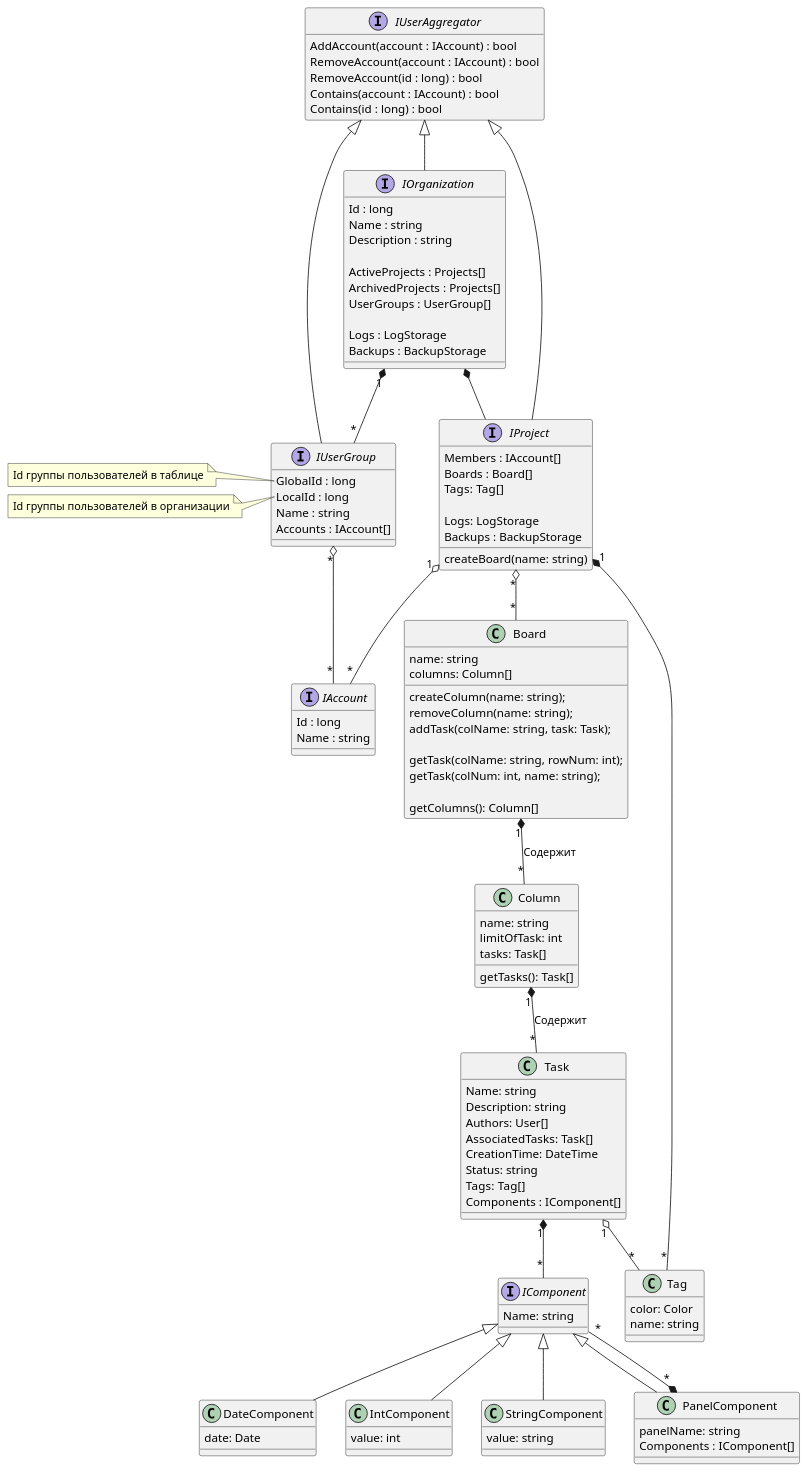
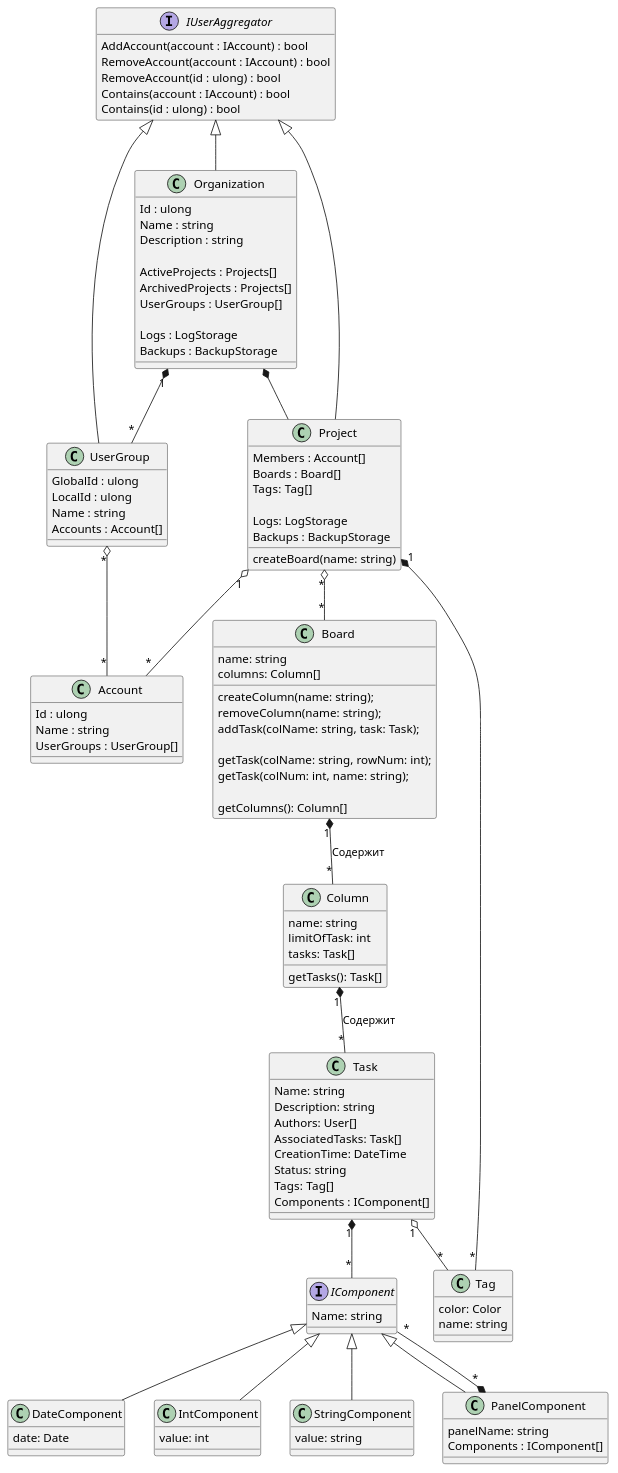
Before and after one commit to HandsAndKeyboards/TFlic: the diagram in doc/diagrams/class/organization full class.puml, drawn with PlantUML.

Commit message:
поправил диаграмму классов

````diff
--- a/doc/diagrams/class/organization full class.puml
+++ b/doc/diagrams/class/organization full class.puml
@@ -1,168 +1,157 @@
 @startumlProject
 
 interface IUserAggregator {
     AddAccount(account : IAccount) : bool
     RemoveAccount(account : IAccount) : bool
-    RemoveAccount(id : long) : bool
+    RemoveAccount(id : ulong) : bool
     Contains(account : IAccount) : bool
-    Contains(id : long) : bool
+    Contains(id : ulong) : bool
 }
 hide IUserAggregator fields
 
 '''''''''''''''''''''''''''''''''''''''''''''''''''''''''''''''''''''''' ACCOUNTS
 
-interface IUserGroup {
-    GlobalId : long
-    LocalId : long
+class UserGroup {
+    GlobalId : ulong
+    LocalId : ulong
     Name : string
-    Accounts : IAccount[]
+    Accounts : Account[]
 }
-IUserAggregator <|-- IUserGroup
-IOrganization "1" *-- "*" IUserGroup
-note left of IUserGroup::GlobalId
-    Id группы пользователей в таблице
-end note 
-note left of IUserGroup::LocalId
-    Id группы пользователей в организации
-end note 
+IUserAggregator <|-- UserGroup
+Organization "1" *-- "*" UserGroup
 
-interface IAccount {
-    Id : long    
+class Account {
+    Id : ulong    
     Name : string
+    UserGroups : UserGroup[]
 }
-IUserGroup "*" o- "*" IAccount
-IProject "1" o-- "*" IAccount
+UserGroup "*" o- "*" Account
+Project "1" o-- "*" Account
 
 '''''''''''''''''''''''''''''''''''''''''''''''''''''''''''''''''''''''' ORGANIZATION
 
-interface IOrganization {
-    Id : long
+class Organization {
+    Id : ulong
     Name : string
     Description : string
     
     ActiveProjects : Projects[]
     ArchivedProjects : Projects[]
     UserGroups : UserGroup[]
      
     Logs : LogStorage
     Backups : BackupStorage
 }
-IUserAggregator <|-- IOrganization
+IUserAggregator <|-- Organization
 
 '''''''''''''''''''''''''''''''''''''''''''''''''''''''''''''''''''''''' PROJECT
 
-interface IProject 
+class Project 
 {
-    Members : IAccount[]
+    Members : Account[]
     Boards : Board[]
     Tags: Tag[]
 
     Logs: LogStorage
     Backups : BackupStorage
 
     createBoard(name: string)
 }
-IUserAggregator <|-- IProject
-IOrganization *-- IProject
-
-'class Project
-'{
-'
-'}
-'IProject <|-- Project
+IUserAggregator <|-- Project
+Organization *-- Project
 
 '''''''''''''''''''''''''''''''''''''''''''''''''''''''''''''''''''''''' BOARD
 
 class Board
 {
     name: string
     columns: Column[]
 
     createColumn(name: string);
     removeColumn(name: string);
     addTask(colName: string, task: Task);
 
     ''''''''''''''' ????
     getTask(colName: string, rowNum: int); 
     getTask(colNum: int, name: string);
     '''''''''''''''
 
     getColumns(): Column[]
 }
-IProject "*" o-- "*" Board
+Project "*" o-- "*" Board
 
 '''''''''''''''''''''''''''''
 
 class Column
 {
     name: string
     limitOfTask: int
     tasks: Task[]
 
     getTasks(): Task[]
 }
 
 '''''''''''''''''''''''''''''
 
 class Task
 {
     Name: string
     Description: string
     Authors: User[]
     AssociatedTasks: Task[]
     CreationTime: DateTime
     Status: string
     Tags: Tag[]
     Components : IComponent[]
 }
 
 Task "1" *-- "*" IComponent
 
 '''''''''''''''''''''''''''''
 
 interface IComponent
 {
     Name: string
 }
 
 class DateComponent
 {
     date: Date
 }
 
 class IntComponent
 {
     value: int
 }
 
 class StringComponent
 {
     value: string
 }
 
 class PanelComponent
 {
     panelName: string
     Components : IComponent[]
 }
 
 IComponent <|-- DateComponent
 IComponent <|-- IntComponent
 IComponent <|-- StringComponent
 IComponent <|-- PanelComponent
 PanelComponent "*" *-- "*" IComponent
 
 '''''''''''''''''''''''''''''```
 
 class Tag
 {
     color: Color
     name: string
 }
-IProject "1" *-- "*" Tag
+Project "1" *-- "*" Tag
 
 Board "1" *-- "*" Column : Содержит
 Column "1" *-- "*" Task : Содержит
 Task "1" o-- "*" Tag
 
 @enduml
````
